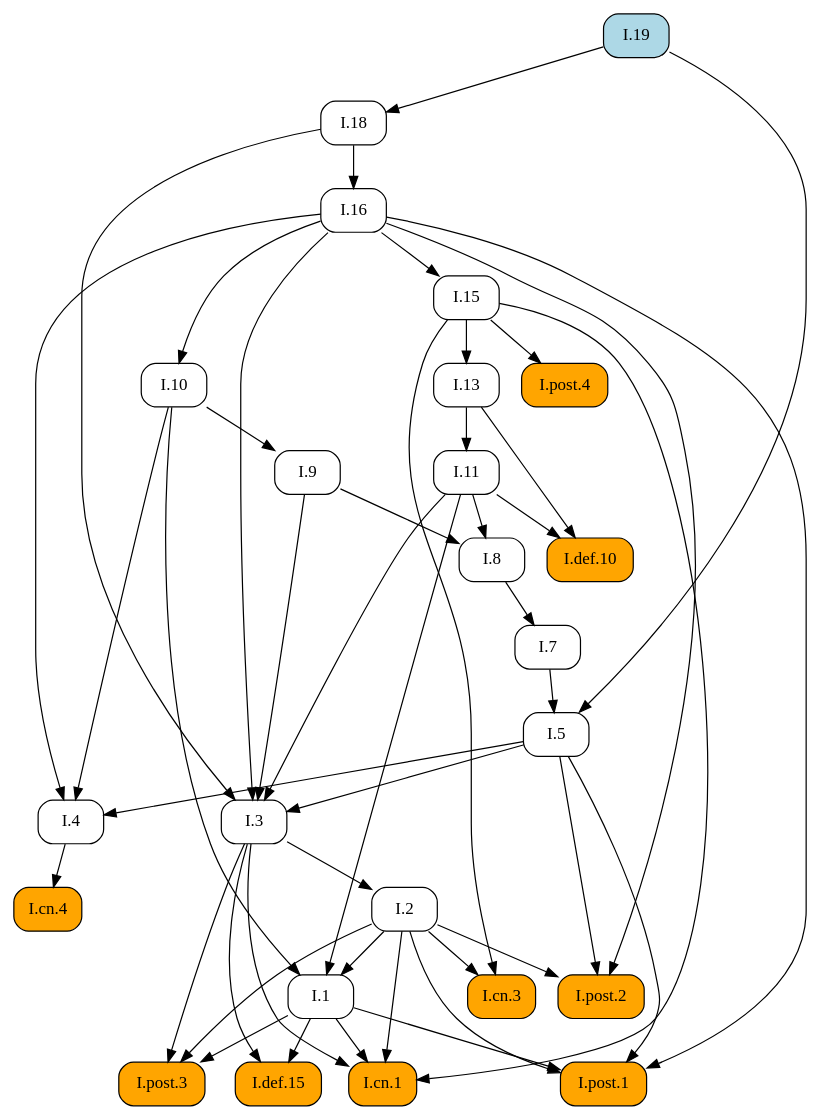
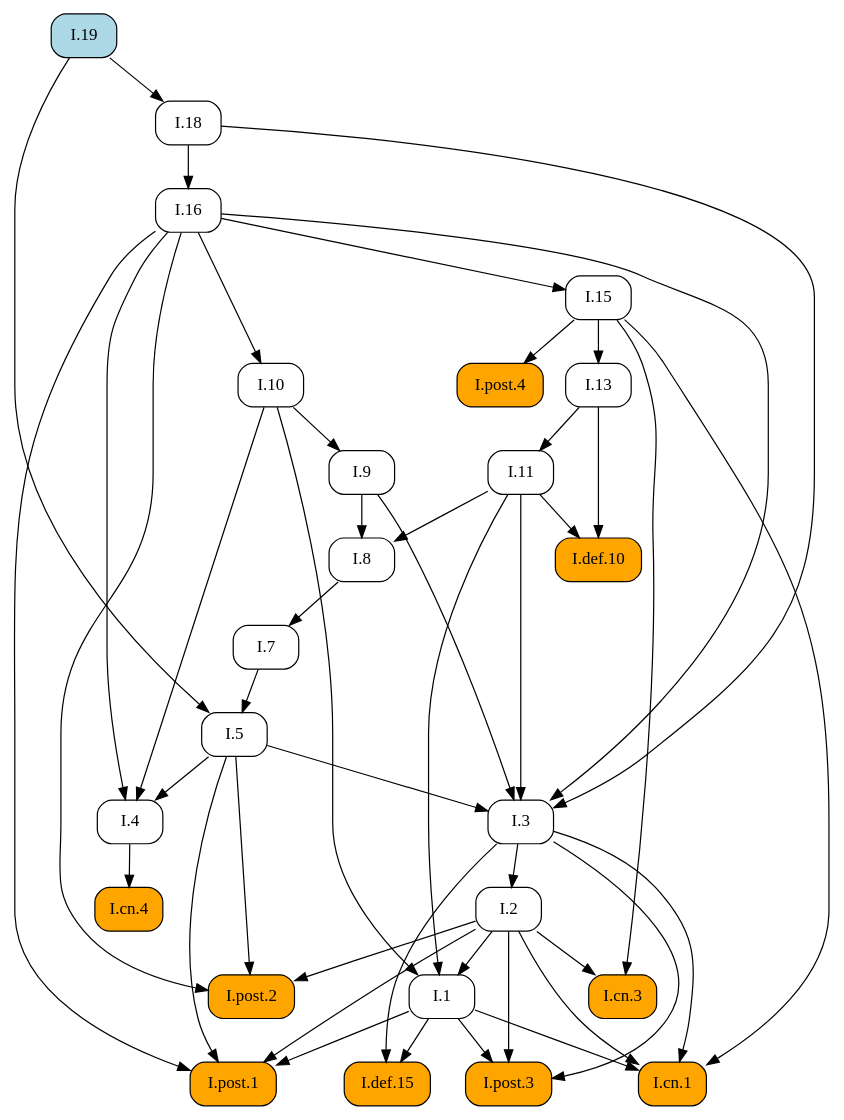
The diagram in docsrc/heath/I/19/index.rst (geometor/elements), drawn with Graphviz before and after one commit. The commit also changed other lines of this file and 484 other files, not shown here.

```diff
--- a/docsrc/heath/I/19/index.rst
+++ b/docsrc/heath/I/19/index.rst
@@ -44,76 +44,76 @@
 .. graphviz::
 
    digraph {
      rankdir="TB";
      node [shape=box, style=rounded];
+     "I.9" [URL="/heath/I/9/", target="_top"];
+     "I.cn.1" [style="rounded,filled", fillcolor=orange, URL="/heath/I/cn.1/", target="_top"];
+     "I.7" [URL="/heath/I/7/", target="_top"];
+     "I.2" [URL="/heath/I/2/", target="_top"];
+     "I.def.15" [style="rounded,filled", fillcolor=orange, URL="/heath/I/def.15/", target="_top"];
+     "I.13" [URL="/heath/I/13/", target="_top"];
+     "I.post.4" [style="rounded,filled", fillcolor=orange, URL="/heath/I/post.4/", target="_top"];
+     "I.4" [URL="/heath/I/4/", target="_top"];
+     "I.1" [URL="/heath/I/1/", target="_top"];
+     "I.post.3" [style="rounded,filled", fillcolor=orange, URL="/heath/I/post.3/", target="_top"];
+     "I.post.1" [style="rounded,filled", fillcolor=orange, URL="/heath/I/post.1/", target="_top"];
+     "I.5" [URL="/heath/I/5/", target="_top"];
+     "I.8" [URL="/heath/I/8/", target="_top"];
+     "I.19" [style="rounded,filled", fillcolor=lightblue, URL="/heath/I/19/", target="_top"];
+     "I.cn.3" [style="rounded,filled", fillcolor=orange, URL="/heath/I/cn.3/", target="_top"];
+     "I.16" [URL="/heath/I/16/", target="_top"];
      "I.def.10" [style="rounded,filled", fillcolor=orange, URL="/heath/I/def.10/", target="_top"];
+     "I.18" [URL="/heath/I/18/", target="_top"];
+     "I.15" [URL="/heath/I/15/", target="_top"];
+     "I.10" [URL="/heath/I/10/", target="_top"];
      "I.11" [URL="/heath/I/11/", target="_top"];
-     "I.post.4" [style="rounded,filled", fillcolor=orange, URL="/heath/I/post.4/", target="_top"];
-     "I.1" [URL="/heath/I/1/", target="_top"];
-     "I.7" [URL="/heath/I/7/", target="_top"];
+     "I.cn.4" [style="rounded,filled", fillcolor=orange, URL="/heath/I/cn.4/", target="_top"];
+     "I.post.2" [style="rounded,filled", fillcolor=orange, URL="/heath/I/post.2/", target="_top"];
      "I.3" [URL="/heath/I/3/", target="_top"];
-     "I.2" [URL="/heath/I/2/", target="_top"];
-     "I.4" [URL="/heath/I/4/", target="_top"];
-     "I.13" [URL="/heath/I/13/", target="_top"];
-     "I.post.2" [style="rounded,filled", fillcolor=orange, URL="/heath/I/post.2/", target="_top"];
-     "I.18" [URL="/heath/I/18/", target="_top"];
-     "I.16" [URL="/heath/I/16/", target="_top"];
-     "I.def.15" [style="rounded,filled", fillcolor=orange, URL="/heath/I/def.15/", target="_top"];
-     "I.9" [URL="/heath/I/9/", target="_top"];
-     "I.post.3" [style="rounded,filled", fillcolor=orange, URL="/heath/I/post.3/", target="_top"];
-     "I.19" [style="rounded,filled", fillcolor=lightblue, URL="/heath/I/19/", target="_top"];
-     "I.cn.1" [style="rounded,filled", fillcolor=orange, URL="/heath/I/cn.1/", target="_top"];
-     "I.cn.3" [style="rounded,filled", fillcolor=orange, URL="/heath/I/cn.3/", target="_top"];
-     "I.8" [URL="/heath/I/8/", target="_top"];
-     "I.cn.4" [style="rounded,filled", fillcolor=orange, URL="/heath/I/cn.4/", target="_top"];
-     "I.15" [URL="/heath/I/15/", target="_top"];
-     "I.post.1" [style="rounded,filled", fillcolor=orange, URL="/heath/I/post.1/", target="_top"];
-     "I.10" [URL="/heath/I/10/", target="_top"];
-     "I.5" [URL="/heath/I/5/", target="_top"];
-     "I.11" -> "I.def.10";
-     "I.13" -> "I.def.10";
-     "I.13" -> "I.11";
+     "I.10" -> "I.9";
+     "I.1" -> "I.cn.1";
+     "I.2" -> "I.cn.1";
+     "I.3" -> "I.cn.1";
+     "I.15" -> "I.cn.1";
+     "I.8" -> "I.7";
+     "I.3" -> "I.2";
+     "I.1" -> "I.def.15";
+     "I.3" -> "I.def.15";
+     "I.15" -> "I.13";
      "I.15" -> "I.post.4";
+     "I.5" -> "I.4";
+     "I.10" -> "I.4";
+     "I.16" -> "I.4";
      "I.2" -> "I.1";
      "I.10" -> "I.1";
      "I.11" -> "I.1";
-     "I.8" -> "I.7";
+     "I.1" -> "I.post.3";
+     "I.2" -> "I.post.3";
+     "I.3" -> "I.post.3";
+     "I.1" -> "I.post.1";
+     "I.2" -> "I.post.1";
+     "I.5" -> "I.post.1";
+     "I.16" -> "I.post.1";
+     "I.7" -> "I.5";
+     "I.19" -> "I.5";
+     "I.9" -> "I.8";
+     "I.11" -> "I.8";
+     "I.2" -> "I.cn.3";
+     "I.15" -> "I.cn.3";
+     "I.18" -> "I.16";
+     "I.11" -> "I.def.10";
+     "I.13" -> "I.def.10";
+     "I.19" -> "I.18";
+     "I.16" -> "I.15";
+     "I.16" -> "I.10";
+     "I.13" -> "I.11";
+     "I.4" -> "I.cn.4";
+     "I.2" -> "I.post.2";
+     "I.5" -> "I.post.2";
+     "I.16" -> "I.post.2";
      "I.5" -> "I.3";
      "I.9" -> "I.3";
      "I.11" -> "I.3";
      "I.16" -> "I.3";
      "I.18" -> "I.3";
-     "I.3" -> "I.2";
-     "I.5" -> "I.4";
-     "I.10" -> "I.4";
-     "I.16" -> "I.4";
-     "I.15" -> "I.13";
-     "I.2" -> "I.post.2";
-     "I.5" -> "I.post.2";
-     "I.16" -> "I.post.2";
-     "I.19" -> "I.18";
-     "I.18" -> "I.16";
-     "I.1" -> "I.def.15";
-     "I.3" -> "I.def.15";
-     "I.10" -> "I.9";
-     "I.1" -> "I.post.3";
-     "I.2" -> "I.post.3";
-     "I.3" -> "I.post.3";
-     "I.1" -> "I.cn.1";
-     "I.2" -> "I.cn.1";
-     "I.3" -> "I.cn.1";
-     "I.15" -> "I.cn.1";
-     "I.2" -> "I.cn.3";
-     "I.15" -> "I.cn.3";
-     "I.9" -> "I.8";
-     "I.11" -> "I.8";
-     "I.4" -> "I.cn.4";
-     "I.16" -> "I.15";
-     "I.1" -> "I.post.1";
-     "I.2" -> "I.post.1";
-     "I.5" -> "I.post.1";
-     "I.16" -> "I.post.1";
-     "I.16" -> "I.10";
-     "I.7" -> "I.5";
-     "I.19" -> "I.5";
    }
```
